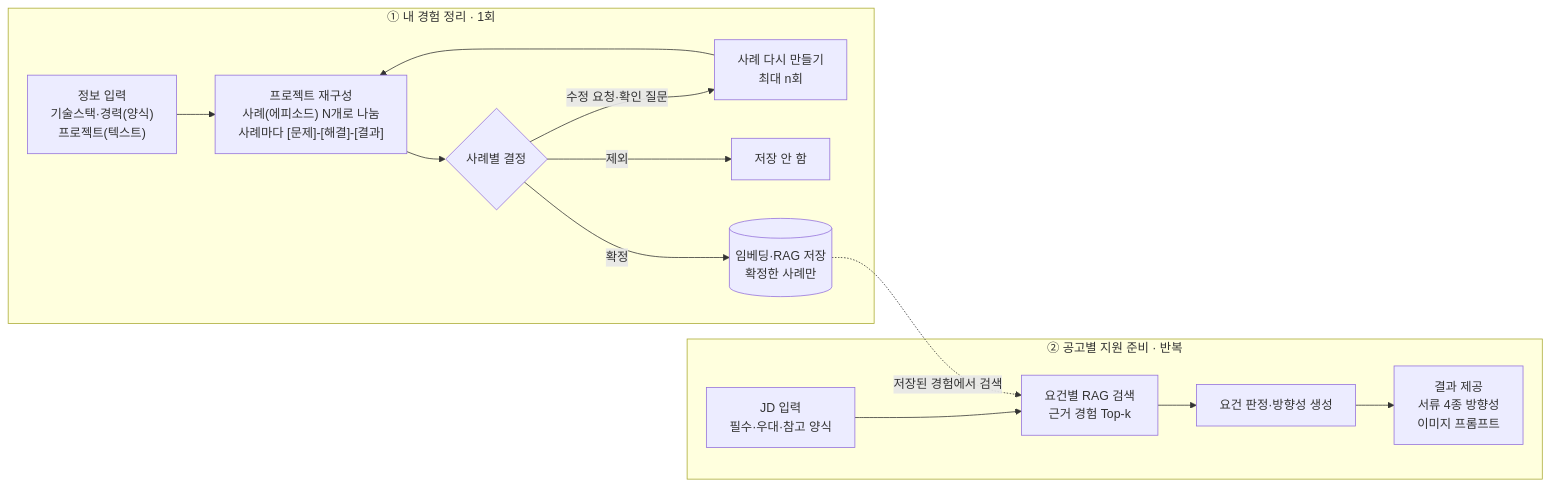
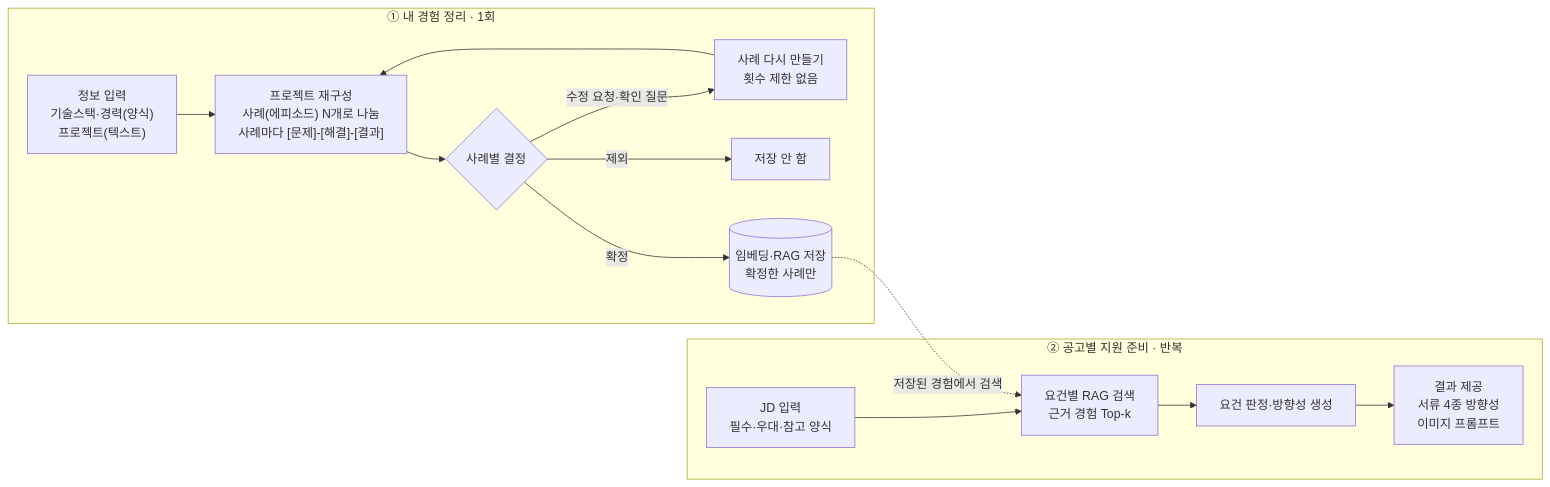
The first of 3 diagrams in 기획서.md (nerd-nam/SPEC-nerdnam), drawn with Mermaid before and after one commit. The commit also changed other lines of this file and 4 other files, not shown here.

````diff
--- a/기획서.md
+++ b/기획서.md
@@ -74,17 +75,17 @@
 ```mermaid
 flowchart LR
     subgraph A["① 내 경험 정리 · 1회"]
         A1["정보 입력<br/>기술스택·경력(양식)<br/>프로젝트(텍스트)"] --> A2["프로젝트 재구성<br/>사례(에피소드) N개로 나눔<br/>사례마다 [문제]-[해결]-[결과]"]
         A2 --> D{"사례별 결정"}
-        D -- 수정 요청·확인 질문 --> FB["사례 다시 만들기<br/>최대 n회"]
+        D -- 수정 요청·확인 질문 --> FB["사례 다시 만들기<br/>횟수 제한 없음"]
         FB --> A2
         D -- 제외 --> X["저장 안 함"]
         D -- 확정 --> S[("임베딩·RAG 저장<br/>확정한 사례만")]
     end
     subgraph B["② 공고별 지원 준비 · 반복"]
         B1["JD 입력<br/>필수·우대·참고 양식"] --> B2["요건별 RAG 검색<br/>근거 경험 Top-k"]
         B2 --> B3["요건 판정·방향성 생성"]
         B3 --> B4["결과 제공<br/>서류 4종 방향성<br/>이미지 프롬프트"]
     end
     S -. 저장된 경험에서 검색 .-> B2
 ```
````
